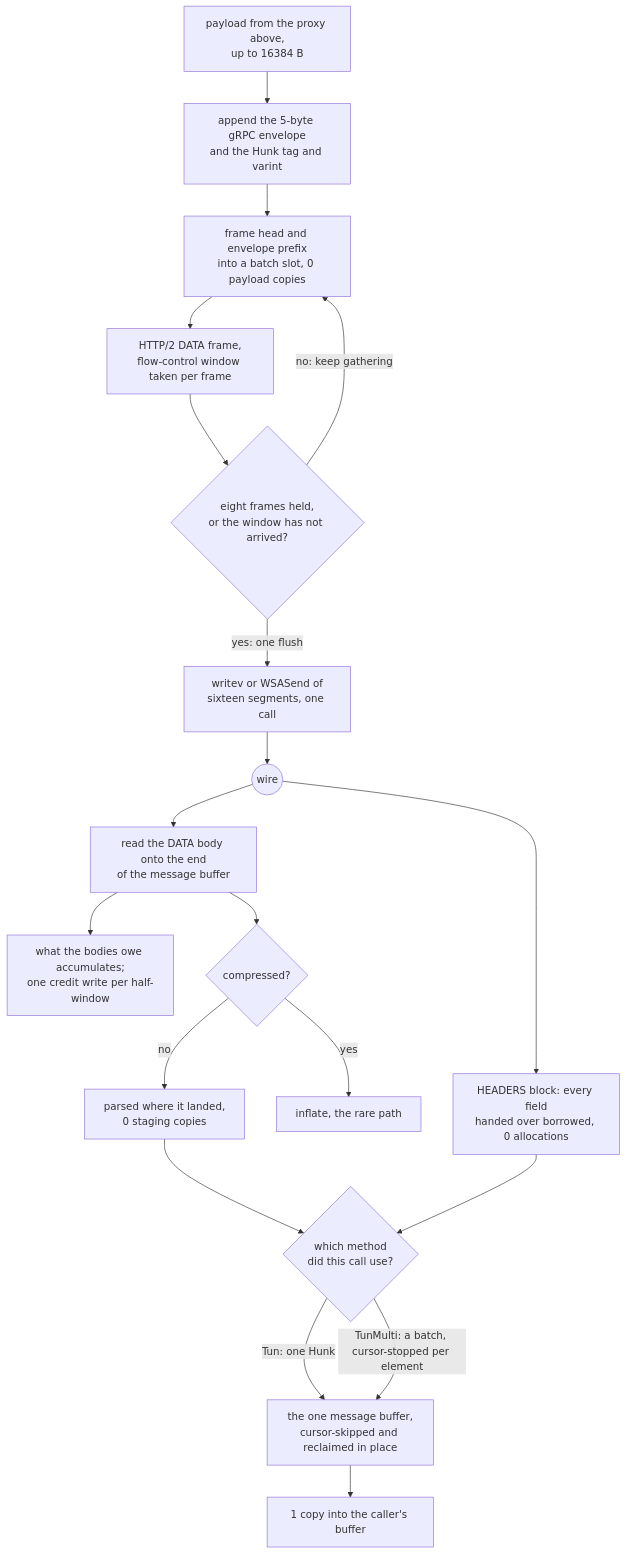
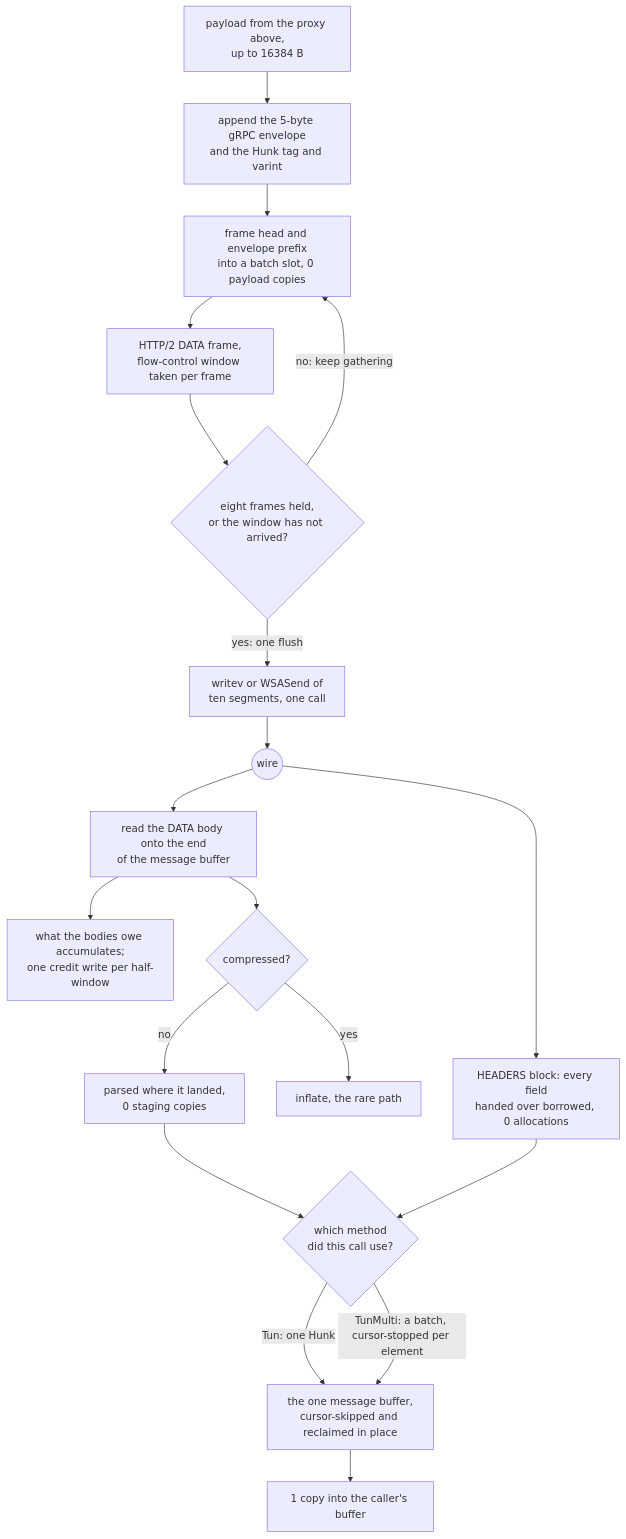
The diagram in docs/function/carrier-grpc.md (Ferrocite/ferrox), drawn with Mermaid before and after one commit. The commit also changed other lines of this file and 2 other files, not shown here.

````diff
--- a/docs/function/carrier-grpc.md
+++ b/docs/function/carrier-grpc.md
@@ -15,21 +15,21 @@
 ```mermaid
 graph TD
     A["payload from the proxy above,<br/>up to 16384 B"] --> B["append the 5-byte gRPC envelope<br/>and the Hunk tag and varint"]
     B --> C["frame head and envelope prefix<br/>into a batch slot, 0 payload copies"]
     C --> D["HTTP/2 DATA frame,<br/>flow-control window taken per frame"]
     D --> P{"eight frames held,<br/>or the window has not arrived?"}
     P -- "no: keep gathering" --> C
-    P -- "yes: one flush" --> Q["writev or WSASend of<br/>sixteen segments, one call"]
+    P -- "yes: one flush" --> Q["writev or WSASend of<br/>ten segments, one call"]
     Q --> E(("wire"))
     E --> F["read the DATA body onto the end<br/>of the message buffer"]
     E --> L["HEADERS block: every field<br/>handed over borrowed, 0 allocations"]
     F --> N["what the bodies owe accumulates;<br/>one credit write per half-window"]
     F --> G{"compressed?"}
     G -- no --> H["parsed where it landed,<br/>0 staging copies"]
     G -- yes --> I["inflate, the rare path"]
     H --> M{"which method<br/>did this call use?"}
     L --> M
     M -- "Tun: one Hunk" --> J
     M -- "TunMulti: a batch, cursor-stopped per element" --> J["the one message buffer,<br/>cursor-skipped and reclaimed in place"]
     J --> K["1 copy into the caller's buffer"]
 ```
````
